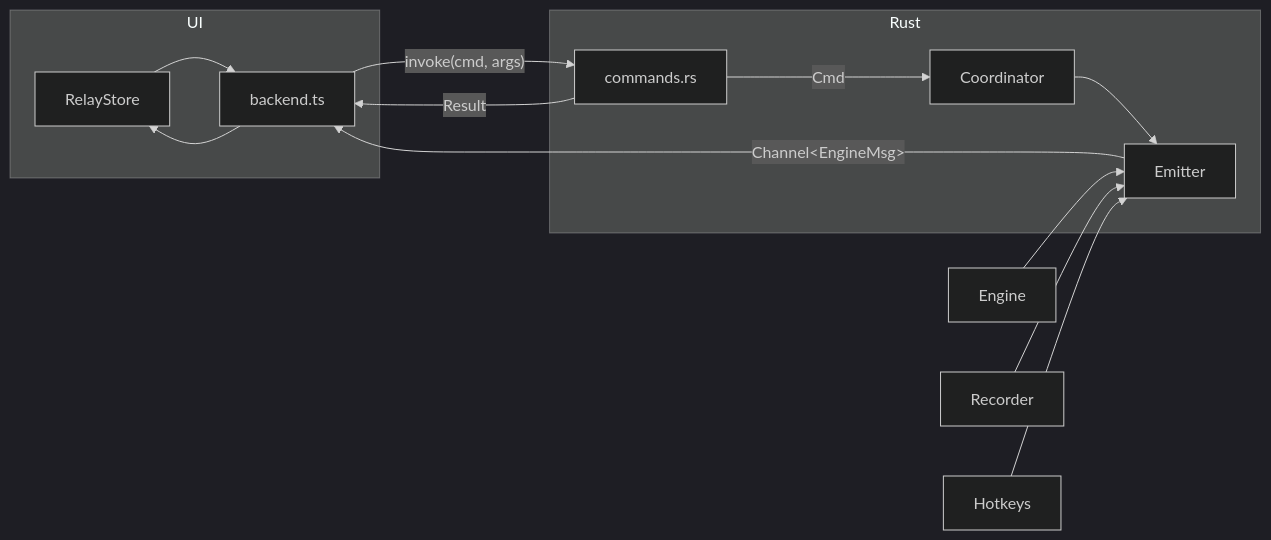
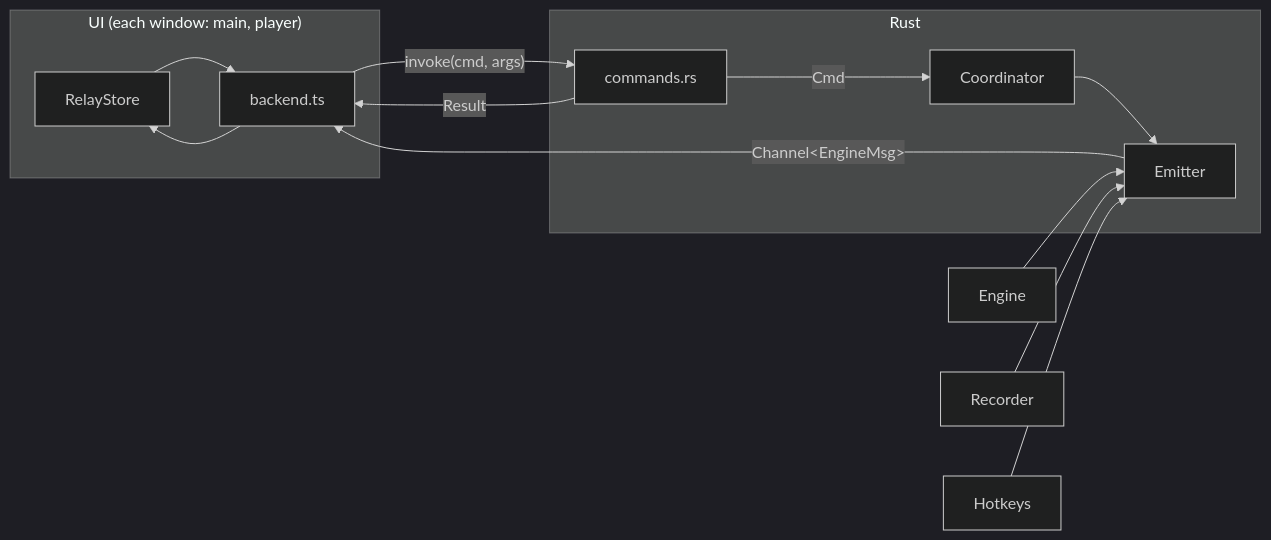
One commit to HappyRave/Relay changed the first of 4 diagrams in docs/engineering/ipc.md. Above: the diagram before and after it, drawn with Mermaid (dark theme). The commit also changed other lines of this file and 41 other files, not shown here.

````diff
--- a/docs/engineering/ipc.md
+++ b/docs/engineering/ipc.md
@@ -8,17 +8,17 @@
 ```mermaid
 flowchart LR
-    subgraph UI
+    subgraph UI["UI (each window: main, player)"]
         S["RelayStore"]
         B["backend.ts"]
     end
     subgraph Rust
         C["commands.rs"]
         CO["Coordinator"]
         E["Emitter"]
     end
     S --> B -- "invoke(cmd, args)" --> C
     C -- "Result<T, IpcError>" --> B
     C -- "Cmd" --> CO
     CO & EN["Engine"] & R["Recorder"] & H["Hotkeys"] --> E
     E -- "Channel&lt;EngineMsg&gt;" --> B --> S
 ```
````
